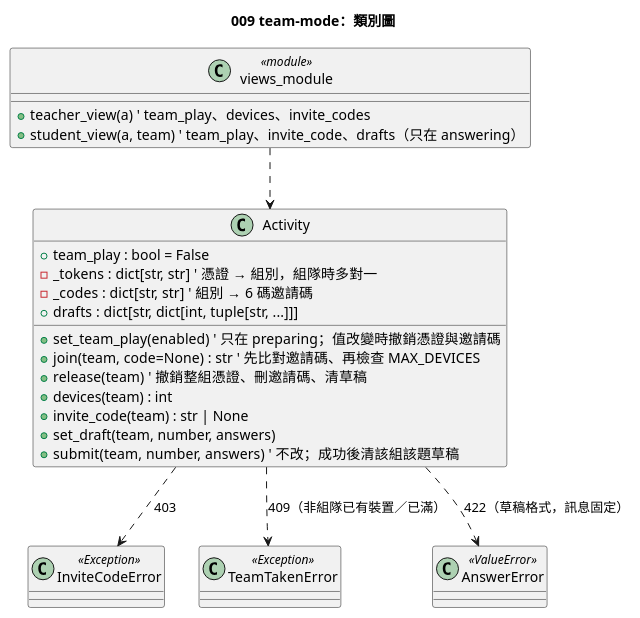
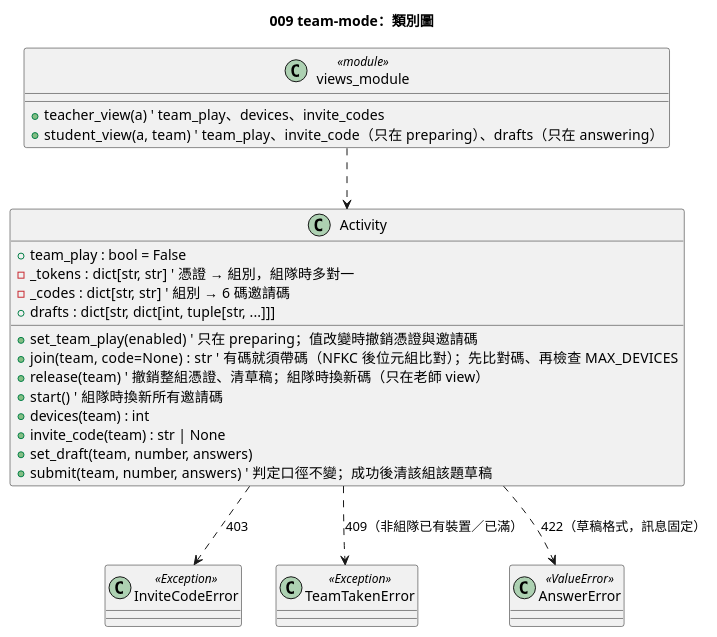
Before and after one commit to yue083139/software_fin-speckit: the diagram in diagrams/009-team-mode-class.puml, drawn with PlantUML. The commit also changed 8 other files, not shown here.

Commit message:
docs(specs): 009 規格與圖表 v1.1（提案輪評審） [CORE]

```diff
--- a/diagrams/009-team-mode-class.puml
+++ b/diagrams/009-team-mode-class.puml
@@ -1,31 +1,32 @@
 @startuml 009-team-mode-class
 title 009 team-mode：類別圖
 
 class Activity {
   + team_play : bool = False
   - _tokens : dict[str, str]  ' 憑證 → 組別，組隊時多對一
   - _codes : dict[str, str]  ' 組別 → 6 碼邀請碼
   + drafts : dict[str, dict[int, tuple[str, ...]]]
   + set_team_play(enabled)  ' 只在 preparing；值改變時撤銷憑證與邀請碼
-  + join(team, code=None) : str  ' 先比對邀請碼、再檢查 MAX_DEVICES
-  + release(team)  ' 撤銷整組憑證、刪邀請碼、清草稿
+  + join(team, code=None) : str  ' 有碼就須帶碼（NFKC 後位元組比對）；先比對碼、再檢查 MAX_DEVICES
+  + release(team)  ' 撤銷整組憑證、清草稿；組隊時換新碼（只在老師 view）
+  + start()  ' 組隊時換新所有邀請碼
   + devices(team) : int
   + invite_code(team) : str | None
   + set_draft(team, number, answers)
-  + submit(team, number, answers)  ' 不改；成功後清該組該題草稿
+  + submit(team, number, answers)  ' 判定口徑不變；成功後清該組該題草稿
 }
 
 class InviteCodeError <<Exception>>
 class TeamTakenError <<Exception>>
 class AnswerError <<ValueError>>
 
 class views_module <<module>> {
   + teacher_view(a)  ' team_play、devices、invite_codes
-  + student_view(a, team)  ' team_play、invite_code、drafts（只在 answering）
+  + student_view(a, team)  ' team_play、invite_code（只在 preparing）、drafts（只在 answering）
 }
 
 Activity ..> InviteCodeError : 403
 Activity ..> TeamTakenError : 409（非組隊已有裝置／已滿）
 Activity ..> AnswerError : 422（草稿格式，訊息固定）
 views_module ..> Activity
 @enduml
```
